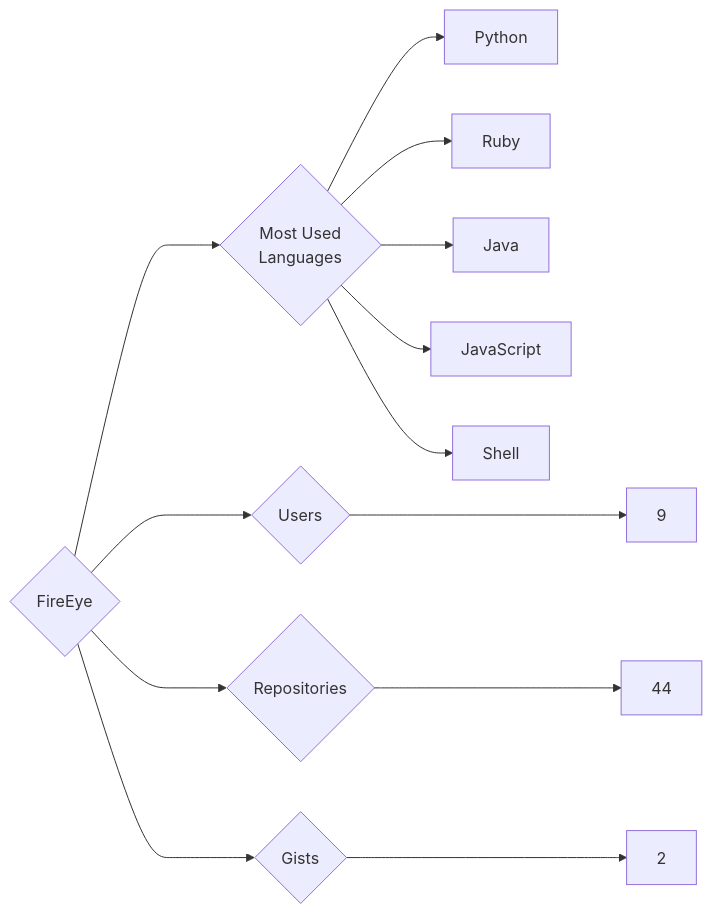
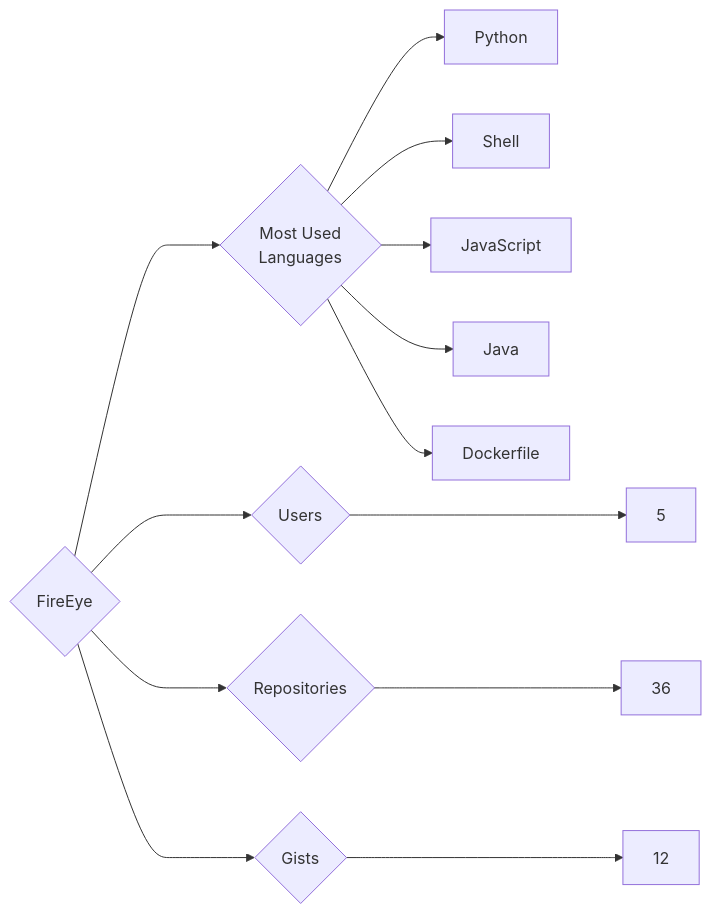
One commit to trickest/insiders changed the diagram in targets/FireEye/README.md. Above: the diagram before and after it, drawn with Mermaid. The commit also changed 1141 other files, not shown here.

````diff
--- a/targets/FireEye/README.md
+++ b/targets/FireEye/README.md
@@ -3,13 +3,13 @@
 ```mermaid
 graph LR
 COMPANY_NAME{FireEye}
-COMPANY_NAME ---> U{Users} ---> UN[9]
-COMPANY_NAME ---> R{Repositories} ---> RN[44]
-COMPANY_NAME ---> G{Gists} ---> GN[2]
+COMPANY_NAME ---> U{Users} ---> UN[5]
+COMPANY_NAME ---> R{Repositories} ---> RN[36]
+COMPANY_NAME ---> G{Gists} ---> GN[12]
 COMPANY_NAME ---> ML{Most Used<br>Languages}
 ML --> Python[Python]
-ML --> Ruby[Ruby]
+ML --> Shell[Shell]
+ML --> JavaScript[JavaScript]
 ML --> Java[Java]
-ML --> JavaScript[JavaScript]
-ML --> Shell[Shell]
+ML --> Dockerfile[Dockerfile]
 ```
````
